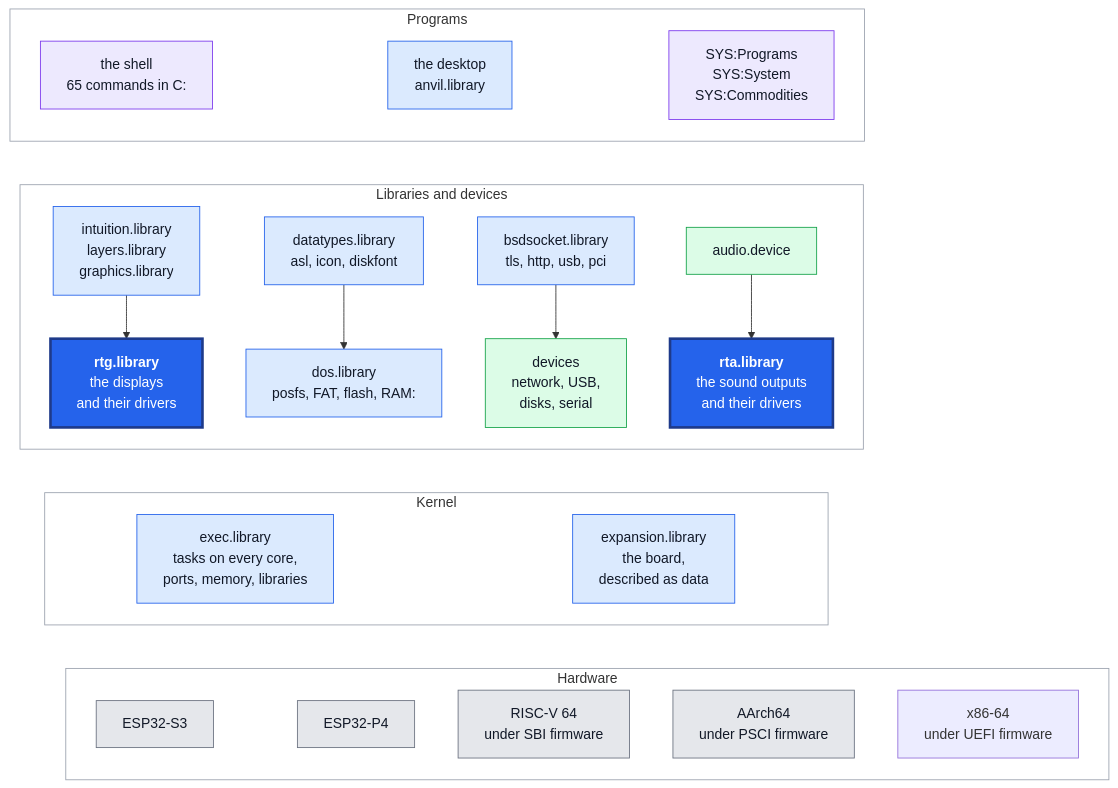
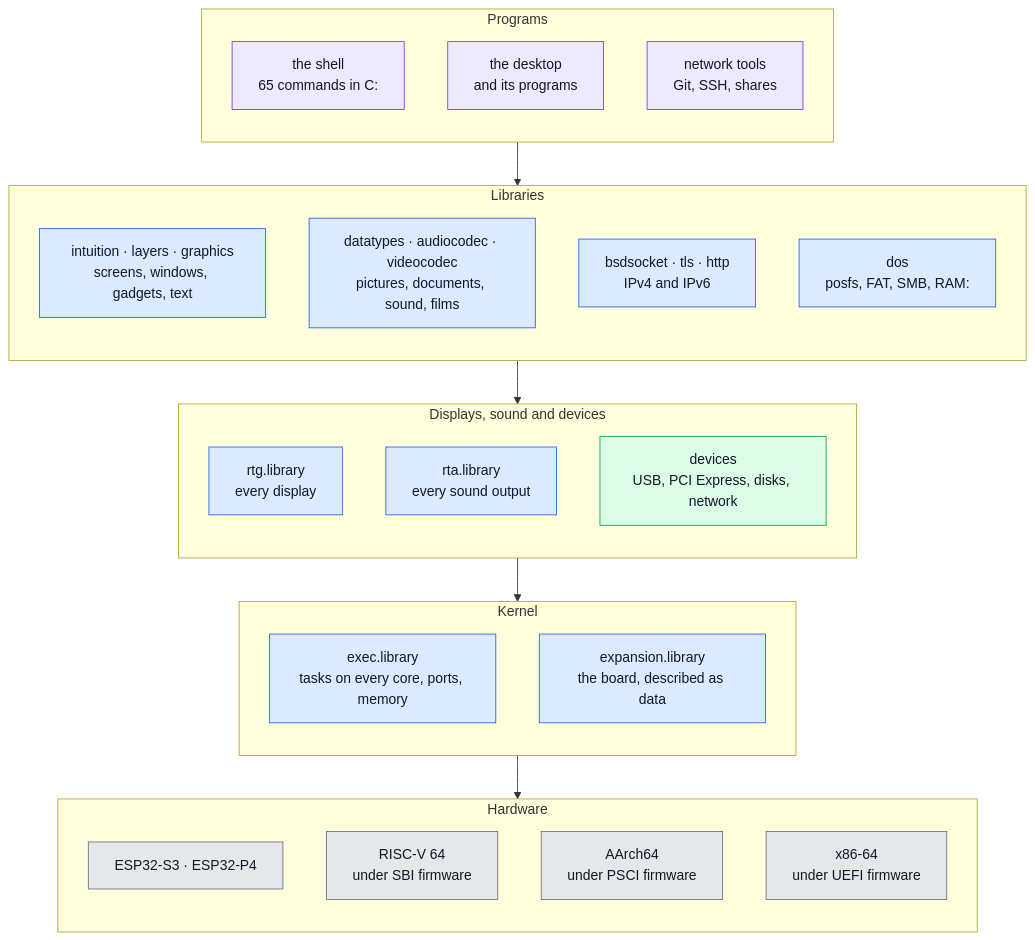
The diagram in README.md (cycl0ne/poweros_esp32), drawn with Mermaid before and after one commit. The commit also changed other lines of this file, not shown here.

First line of the commit message:
README: what is in it, in short; fewer pictures

````diff
--- a/README.md
+++ b/README.md
@@ -92,65 +85,49 @@
 ```mermaid
 flowchart TB
-    subgraph m_programs ["Programs"]
-        m_shell["the shell<br/>65 commands in C:"]
-        m_desktop["the desktop<br/>anvil.library"]
-        m_apps["SYS:Programs<br/>SYS:System<br/>SYS:Commodities"]
+    subgraph programs ["Programs"]
+        direction TB
+        p_shell["the shell<br/>65 commands in C:"]
+        p_desktop["the desktop<br/>and its programs"]
+        p_net["network tools<br/>Git, SSH, shares"]
     end
 
-    subgraph m_modules ["Libraries and devices"]
-        m_intuition["intuition.library<br/>layers.library<br/>graphics.library"]
-        m_datatypes["datatypes.library<br/>asl, icon, diskfont"]
-        m_network["bsdsocket.library<br/>tls, http, usb, pci"]
-        m_audio["audio.device"]
-        m_rtg["<b>rtg.library</b><br/>the displays<br/>and their drivers"]
-        m_dos["dos.library<br/>posfs, FAT, flash, RAM:"]
-        m_devices["devices<br/>network, USB,<br/>disks, serial"]
-        m_rta["<b>rta.library</b><br/>the sound outputs<br/>and their drivers"]
+    subgraph libraries ["Libraries"]
+        direction TB
+        l_ui["intuition · layers · graphics<br/>screens, windows, gadgets, text"]
+        l_media["datatypes · audiocodec · videocodec<br/>pictures, documents, sound, films"]
+        l_net["bsdsocket · tls · http<br/>IPv4 and IPv6"]
+        l_dos["dos<br/>posfs, FAT, SMB, RAM:"]
     end
 
-    subgraph m_kernel ["Kernel"]
-        m_exec["exec.library<br/>tasks on every core,<br/>ports, memory, libraries"]
-        m_expansion["expansion.library<br/>the board,<br/>described as data"]
+    subgraph below ["Displays, sound and devices"]
+        direction TB
+        d_rtg["rtg.library<br/>every display"]
+        d_rta["rta.library<br/>every sound output"]
+        d_devs["devices<br/>USB, PCI Express, disks, network"]
     end
 
-    subgraph m_hardware ["Hardware"]
-        m_s3["ESP32-S3"]
-        m_p4["ESP32-P4"]
-        m_rv64["RISC-V 64<br/>under SBI firmware"]
-        m_a64["AArch64<br/>under PSCI firmware"]
-        m_x64["x86-64<br/>under UEFI firmware"]
+    subgraph kernel ["Kernel"]
+        direction TB
+        k_exec["exec.library<br/>tasks on every core, ports, memory"]
+        k_exp["expansion.library<br/>the board, described as data"]
     end
 
-    m_intuition --> m_rtg
-    m_datatypes --> m_dos
-    m_network --> m_devices
-    m_audio --> m_rta
+    subgraph hardware ["Hardware"]
+        direction TB
+        h_esp["ESP32-S3 · ESP32-P4"]
+        h_rv["RISC-V 64<br/>under SBI firmware"]
+        h_arm["AArch64<br/>under PSCI firmware"]
+        h_x86["x86-64<br/>under UEFI firmware"]
+    end
 
-    m_shell ~~~ m_intuition
-    m_desktop ~~~ m_datatypes
-    m_desktop ~~~ m_network
-    m_apps ~~~ m_audio
-    m_rtg ~~~ m_exec
-    m_dos ~~~ m_exec
-    m_devices ~~~ m_expansion
-    m_rta ~~~ m_expansion
-    m_exec ~~~ m_s3
-    m_exec ~~~ m_p4
-    m_expansion ~~~ m_rv64
-    m_expansion ~~~ m_a64
+    programs --> libraries --> below --> kernel --> hardware
 
     classDef prog fill:#ede9fe,stroke:#7c3aed,color:#111827
-    class m_shell,m_apps prog
+    class p_shell,p_desktop,p_net prog
     classDef lib fill:#dbeafe,stroke:#2563eb,color:#111827
-    class m_desktop,m_intuition,m_datatypes,m_network,m_dos,m_exec,m_expansion lib
+    class l_ui,l_media,l_net,l_dos,d_rtg,d_rta,k_exec,k_exp lib
     classDef dev fill:#dcfce7,stroke:#16a34a,color:#111827
-    class m_audio,m_devices dev
-    classDef key fill:#2563eb,stroke:#1e3a8a,stroke-width:3px,color:#ffffff
-    class m_rtg,m_rta key
+    class d_devs dev
     classDef chip fill:#e5e7eb,stroke:#6b7280,color:#111827
-    class m_s3,m_p4,m_rv64,m_a64 chip
-    style m_programs fill:none,stroke:#9ca3af
-    style m_modules fill:none,stroke:#9ca3af
-    style m_kernel fill:none,stroke:#9ca3af
-    style m_hardware fill:none,stroke:#9ca3af
+    class h_esp,h_rv,h_arm,h_x86 chip
 ```
````
